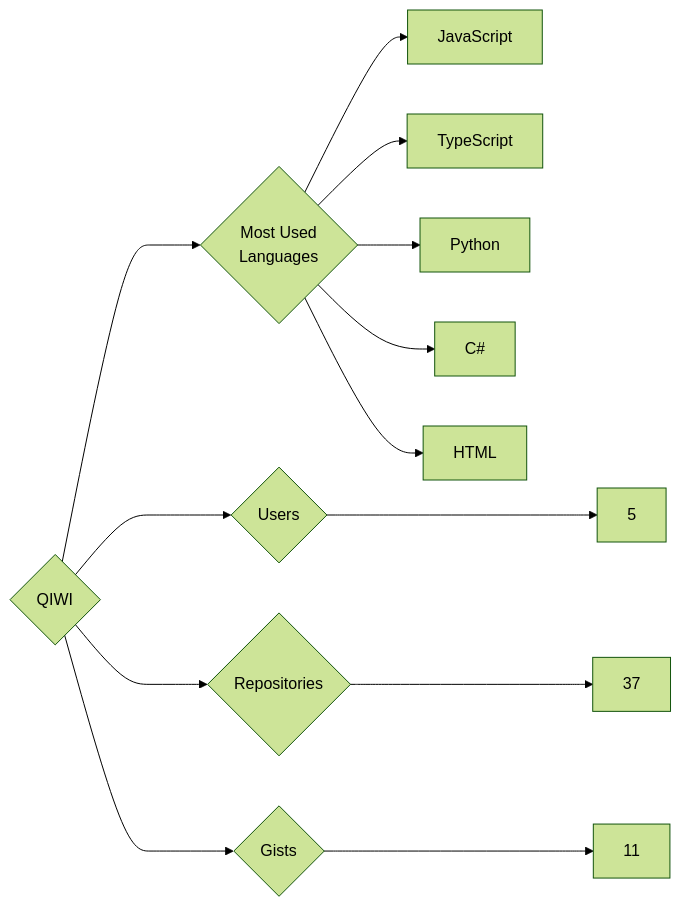
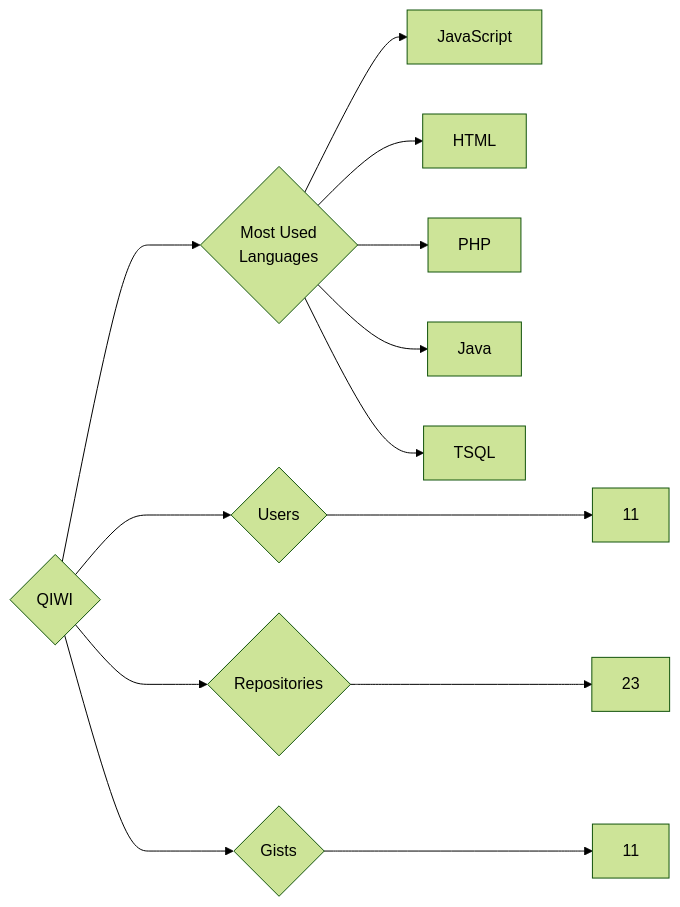
The diagram in targets/QIWI/README.md (trickest/insiders), drawn with Mermaid (forest theme) before and after one commit. The commit also changed 695 other files, not shown here.

````diff
--- a/targets/QIWI/README.md
+++ b/targets/QIWI/README.md
@@ -3,13 +3,13 @@
 ```mermaid
 graph LR
 COMPANY_NAME{QIWI}
-COMPANY_NAME ---> U{Users} ---> UN[5]
-COMPANY_NAME ---> R{Repositories} ---> RN[37]
+COMPANY_NAME ---> U{Users} ---> UN[11]
+COMPANY_NAME ---> R{Repositories} ---> RN[23]
 COMPANY_NAME ---> G{Gists} ---> GN[11]
 COMPANY_NAME ---> ML{Most Used<br>Languages}
 ML --> JavaScript[JavaScript]
-ML --> TypeScript[TypeScript]
-ML --> Python[Python]
-ML --> C#[C#]
 ML --> HTML[HTML]
+ML --> PHP[PHP]
+ML --> Java[Java]
+ML --> TSQL[TSQL]
 ```
````
